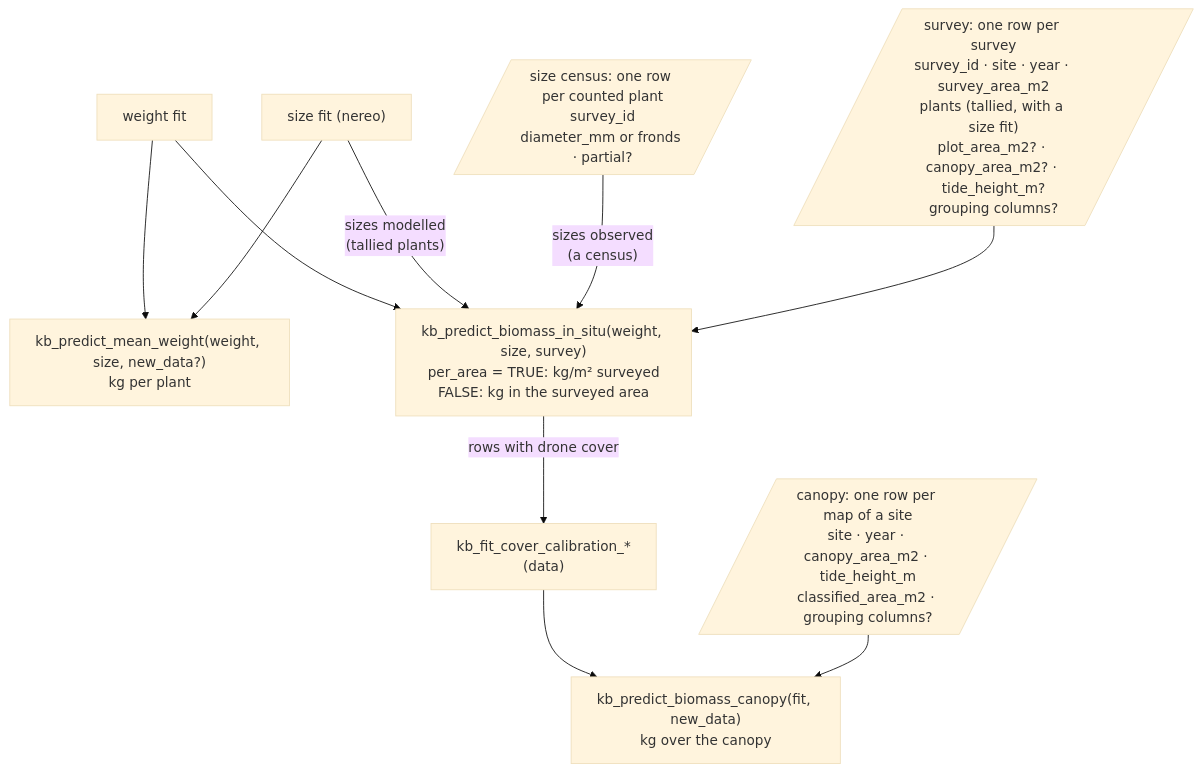
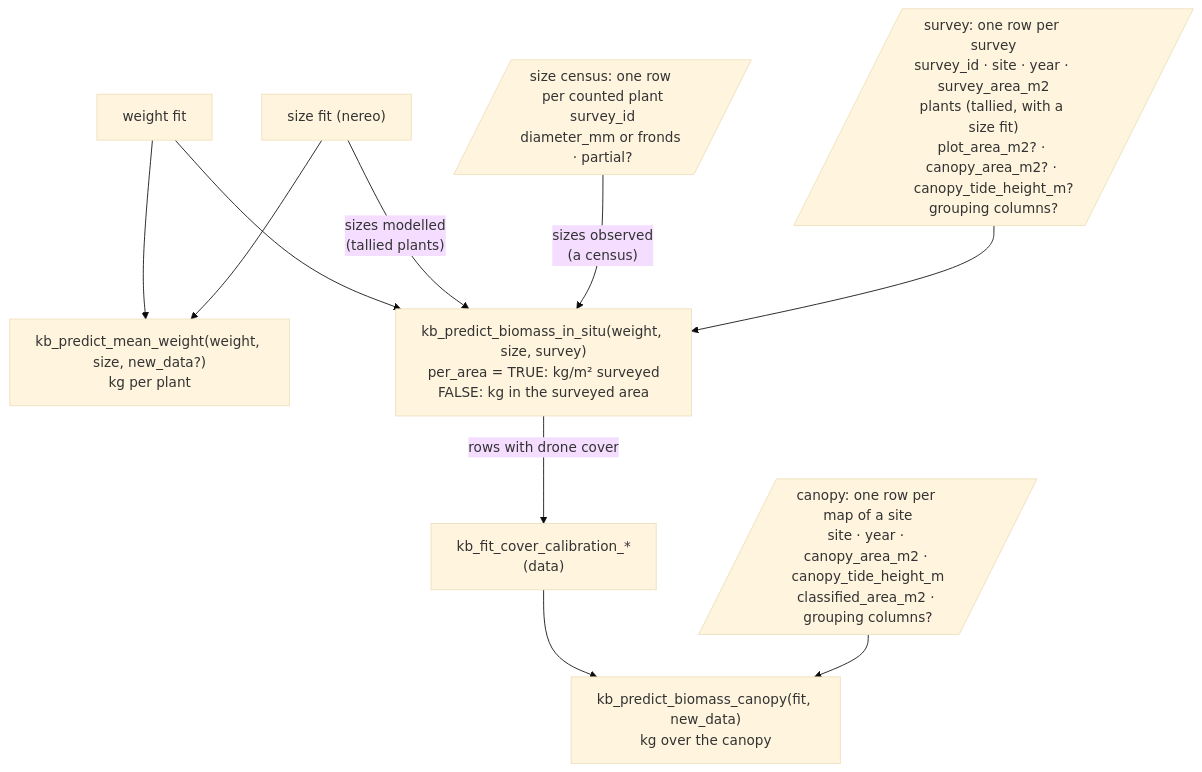
One commit to HakaiInstitute/kelpbio changed the second of 3 diagrams in decisions/architecture.md. Above: the diagram before and after it, drawn with Mermaid (base theme). The commit also changed other lines of this file and 93 other files, not shown here.

First line of the commit message:
Rename tide_height_m to canopy_tide_height_m

````diff
--- a/decisions/architecture.md
+++ b/decisions/architecture.md
@@ -47,12 +47,12 @@
 ```mermaid
 flowchart TB
     FW["weight fit"] --> VMW
     FS["size fit (nereo)"] --> VMW["kb_predict_mean_weight(weight, size, new_data?)<br/>kg per plant"]
     FW --> VBP
     FS -->|"sizes modelled<br/>(tallied plants)"| VBP
     DPL[/"size census: one row per counted plant<br/>survey_id<br/>diameter_mm or fronds · partial?"/] -->|"sizes observed<br/>(a census)"| VBP
-    DSU[/"survey: one row per survey<br/>survey_id · site · year · survey_area_m2<br/>plants (tallied, with a size fit)<br/>plot_area_m2? · canopy_area_m2? · tide_height_m?<br/>grouping columns?"/] --> VBP["kb_predict_biomass_in_situ(weight, size, survey)<br/>per_area = TRUE: kg/m² surveyed<br/>FALSE: kg in the surveyed area"]
+    DSU[/"survey: one row per survey<br/>survey_id · site · year · survey_area_m2<br/>plants (tallied, with a size fit)<br/>plot_area_m2? · canopy_area_m2? · canopy_tide_height_m?<br/>grouping columns?"/] --> VBP["kb_predict_biomass_in_situ(weight, size, survey)<br/>per_area = TRUE: kg/m² surveyed<br/>FALSE: kg in the surveyed area"]
     VBP -->|"rows with drone cover"| FCC["kb_fit_cover_calibration_*(data)"]
     FCC --> VCA["kb_predict_biomass_canopy(fit, new_data)<br/>kg over the canopy"]
-    DCA[/"canopy: one row per map of a site<br/>site · year · canopy_area_m2 · tide_height_m<br/>classified_area_m2 · grouping columns?"/] --> VCA
+    DCA[/"canopy: one row per map of a site<br/>site · year · canopy_area_m2 · canopy_tide_height_m<br/>classified_area_m2 · grouping columns?"/] --> VCA
 ```
````
